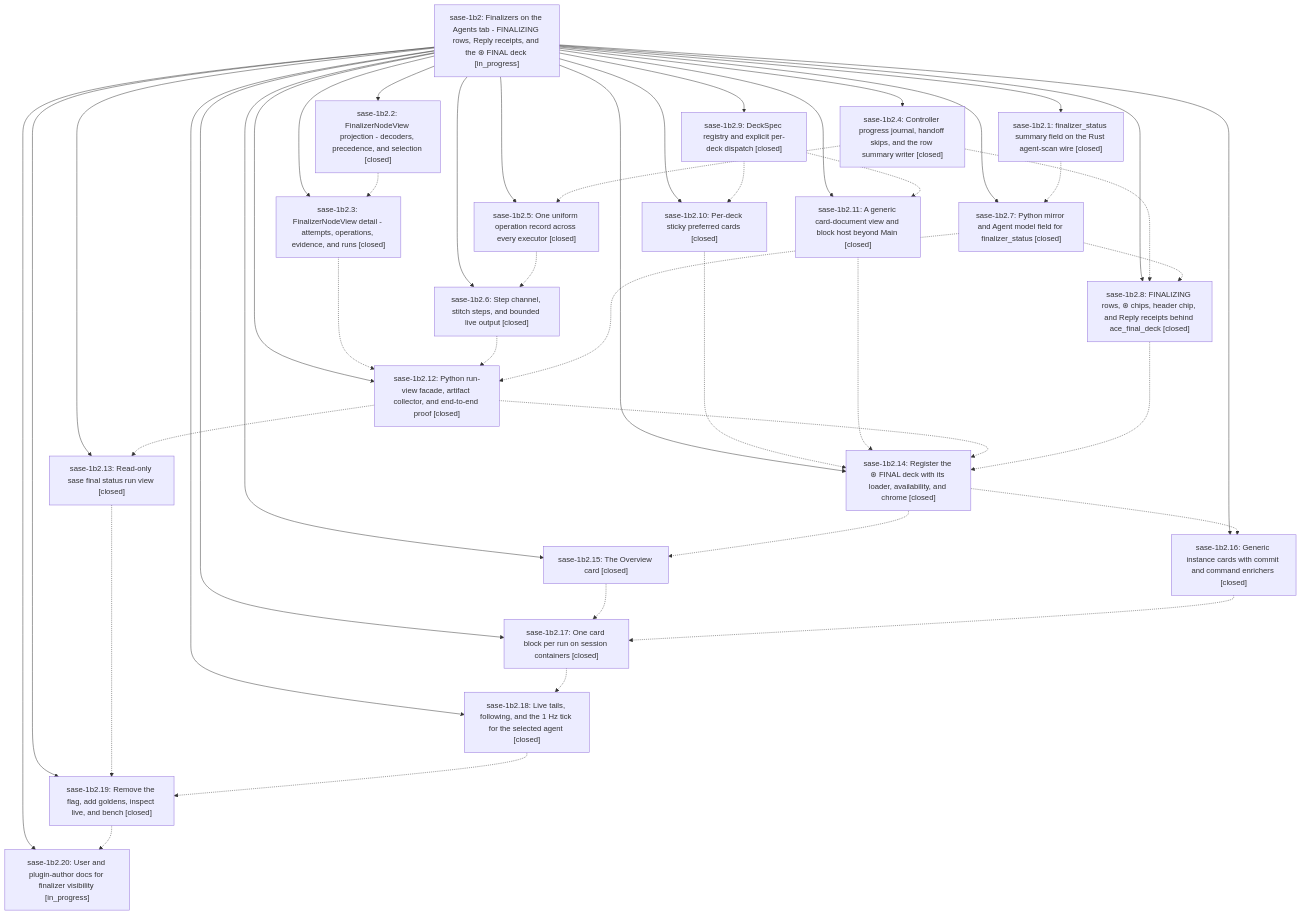
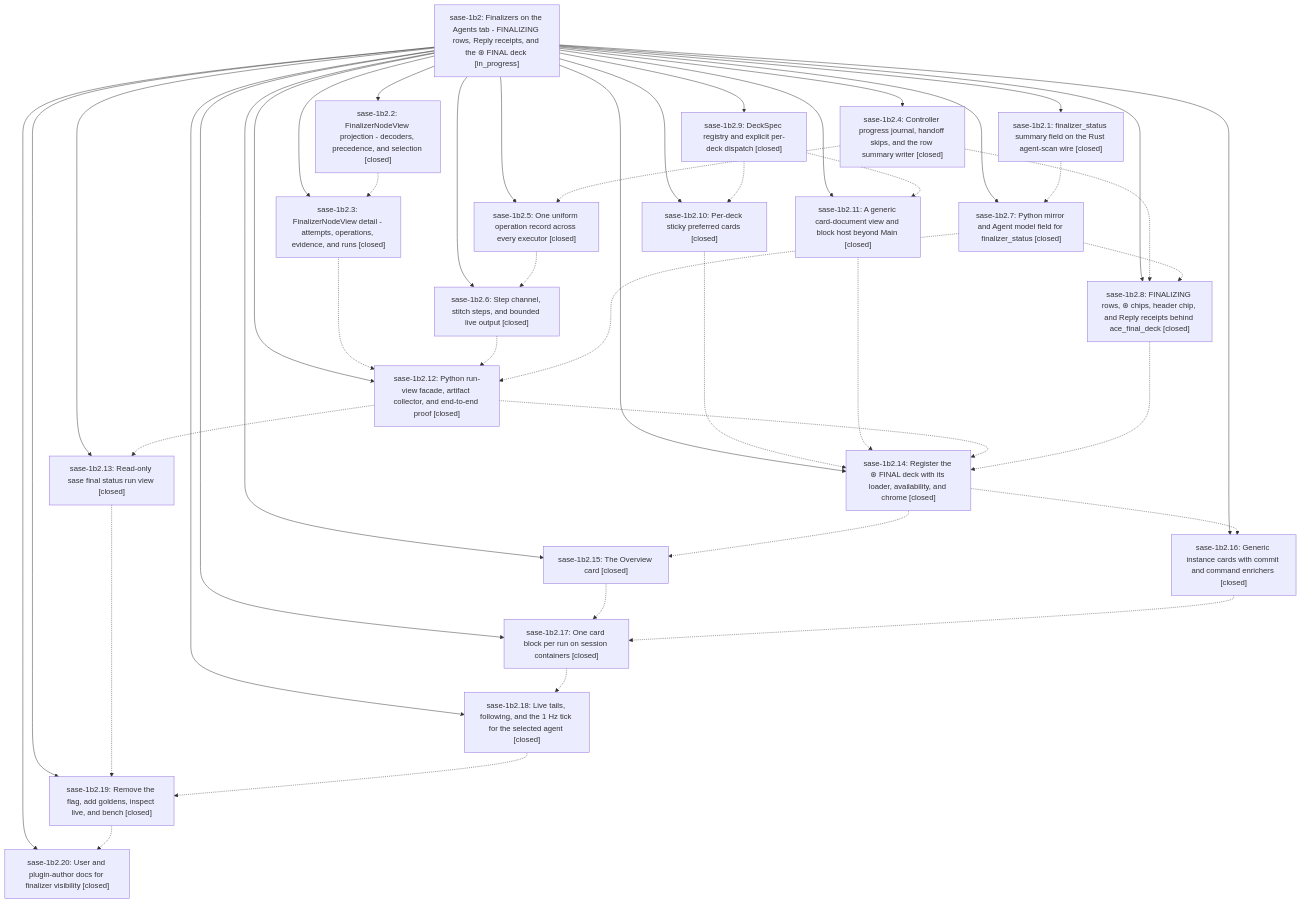
Before and after one commit to sase-org/sase--beads: the diagram in pages/sase-1b2/README.md, drawn with Mermaid. The commit also changed other lines of this file and 2 other files, not shown here.

First line of the commit message:
chore(beads): sync bead state and pages for sase-1b2

````diff
--- a/pages/sase-1b2/README.md
+++ b/pages/sase-1b2/README.md
@@ -92,68 +92,68 @@
 ```mermaid
 flowchart TD
     n0["sase-1b2: Finalizers on the Agents tab - FINALIZING rows, Reply receipts, and the ⊛ FINAL deck [in_progress]"]
     n1["sase-1b2.1: finalizer_status summary field on the Rust agent-scan wire [closed]"]
     n2["sase-1b2.10: Per-deck sticky preferred cards [closed]"]
     n3["sase-1b2.11: A generic card-document view and block host beyond Main [closed]"]
     n4["sase-1b2.12: Python run-view facade, artifact collector, and end-to-end proof [closed]"]
     n5["sase-1b2.13: Read-only sase final status run view [closed]"]
     n6["sase-1b2.14: Register the ⊛ FINAL deck with its loader, availability, and chrome [closed]"]
     n7["sase-1b2.15: The Overview card [closed]"]
     n8["sase-1b2.16: Generic instance cards with commit and command enrichers [closed]"]
     n9["sase-1b2.17: One card block per run on session containers [closed]"]
     n10["sase-1b2.18: Live tails, following, and the 1 Hz tick for the selected agent [closed]"]
     n11["sase-1b2.19: Remove the flag, add goldens, inspect live, and bench [closed]"]
     n12["sase-1b2.2: FinalizerNodeView projection - decoders, precedence, and selection [closed]"]
-    n13["sase-1b2.20: User and plugin-author docs for finalizer visibility [in_progress]"]
+    n13["sase-1b2.20: User and plugin-author docs for finalizer visibility [closed]"]
     n14["sase-1b2.3: FinalizerNodeView detail - attempts, operations, evidence, and runs [closed]"]
     n15["sase-1b2.4: Controller progress journal, handoff skips, and the row summary writer [closed]"]
     n16["sase-1b2.5: One uniform operation record across every executor [closed]"]
     n17["sase-1b2.6: Step channel, stitch steps, and bounded live output [closed]"]
     n18["sase-1b2.7: Python mirror and Agent model field for finalizer_status [closed]"]
     n19["sase-1b2.8: FINALIZING rows, ⊛ chips, header chip, and Reply receipts behind ace_final_deck [closed]"]
     n20["sase-1b2.9: DeckSpec registry and explicit per-deck dispatch [closed]"]
     n0 --> n1
     n0 --> n2
     n0 --> n3
     n0 --> n4
     n0 --> n5
     n0 --> n6
     n0 --> n7
     n0 --> n8
     n0 --> n9
     n0 --> n10
     n0 --> n11
     n0 --> n12
     n0 --> n13
     n0 --> n14
     n0 --> n15
     n0 --> n16
     n0 --> n17
     n0 --> n18
     n0 --> n19
     n0 --> n20
     n1 -.-> n18
     n2 -.-> n6
     n3 -.-> n6
     n4 -.-> n5
     n4 -.-> n6
     n5 -.-> n11
     n6 -.-> n7
     n6 -.-> n8
     n7 -.-> n9
     n8 -.-> n9
     n9 -.-> n10
     n10 -.-> n11
     n11 -.-> n13
     n12 -.-> n14
     n14 -.-> n4
     n15 -.-> n16
     n15 -.-> n19
     n16 -.-> n17
     n17 -.-> n4
     n18 -.-> n4
     n18 -.-> n19
     n19 -.-> n6
     n20 -.-> n2
     n20 -.-> n3
 ```
````
